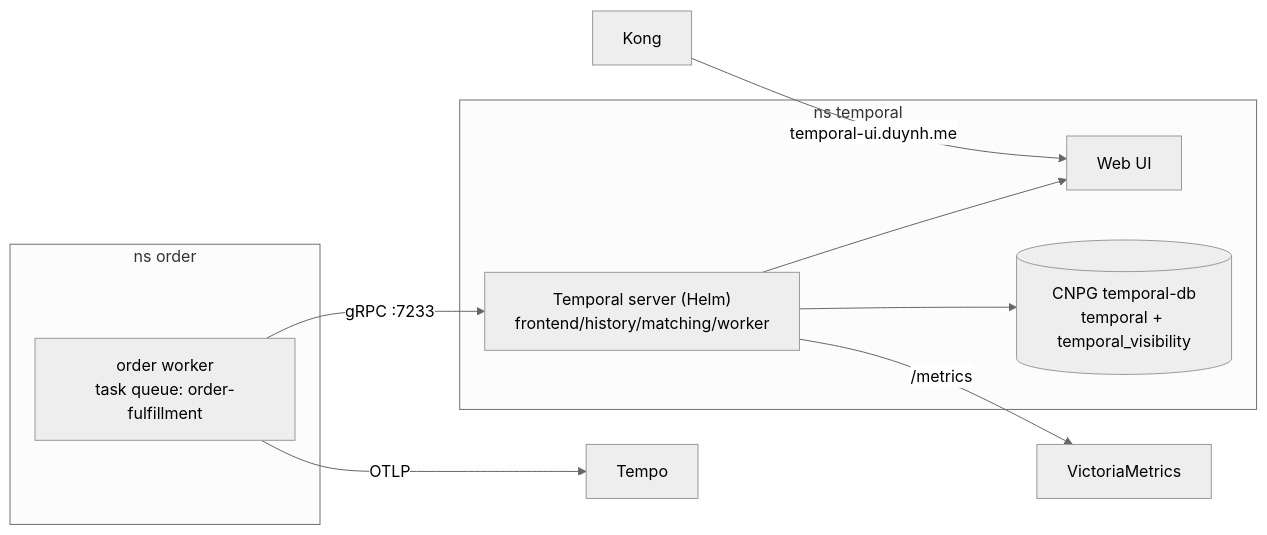
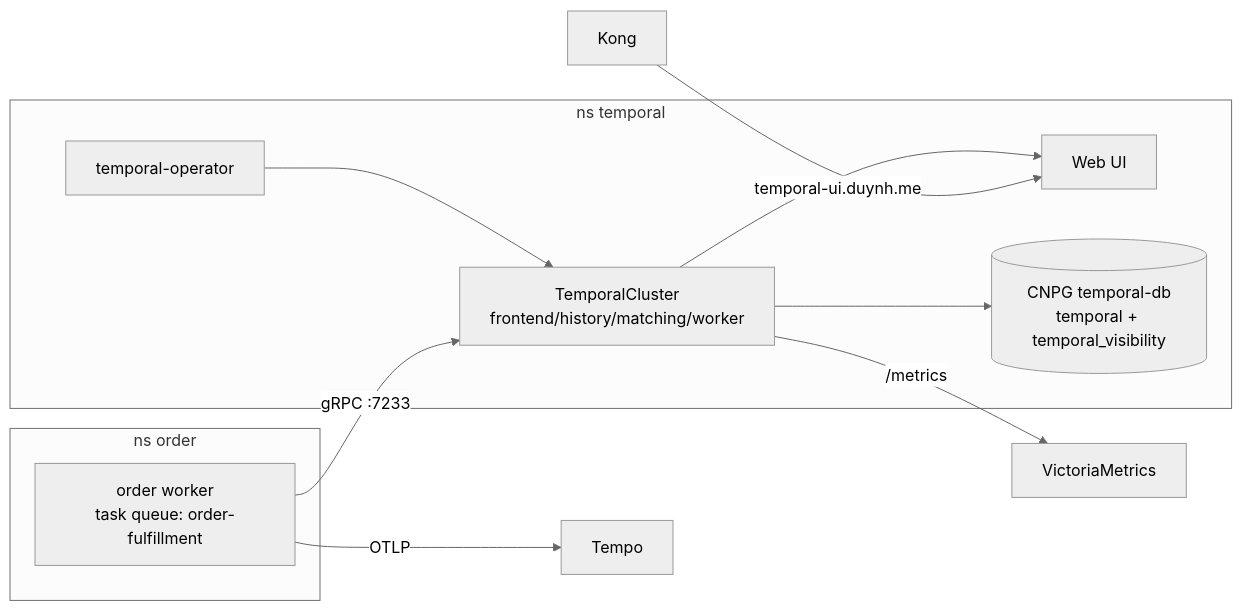
Before and after one commit to duynhlab/homelab: the third of 3 diagrams in docs/architecture/temporal-order-fulfillment.md, drawn with Mermaid (neutral theme). The commit also changed other lines of this file and 1 other file, not shown here.

First line of the commit message:
Spec: use temporal-operator; note Helm alternative + accepted gaps

````diff
--- a/docs/architecture/temporal-order-fulfillment.md
+++ b/docs/architecture/temporal-order-fulfillment.md
@@ -97,17 +102,19 @@
 ```mermaid
 flowchart LR
     subgraph ns_temporal[ns temporal]
-        TC["Temporal server (Helm)<br/>frontend/history/matching/worker"]
+        OP[temporal-operator]
+        TC[TemporalCluster<br/>frontend/history/matching/worker]
         UI[Web UI]
         TDB[(CNPG temporal-db<br/>temporal + temporal_visibility)]
+        OP --> TC
         TC --> TDB
         TC --> UI
     end
     subgraph ns_order[ns order]
         OW[order worker<br/>task queue: order-fulfillment]
     end
     OW -- gRPC :7233 --> TC
     Kong[Kong] -- temporal-ui.duynh.me --> UI
     TC -- /metrics --> VM[VictoriaMetrics]
     OW -- OTLP --> Tempo
 ```
````
